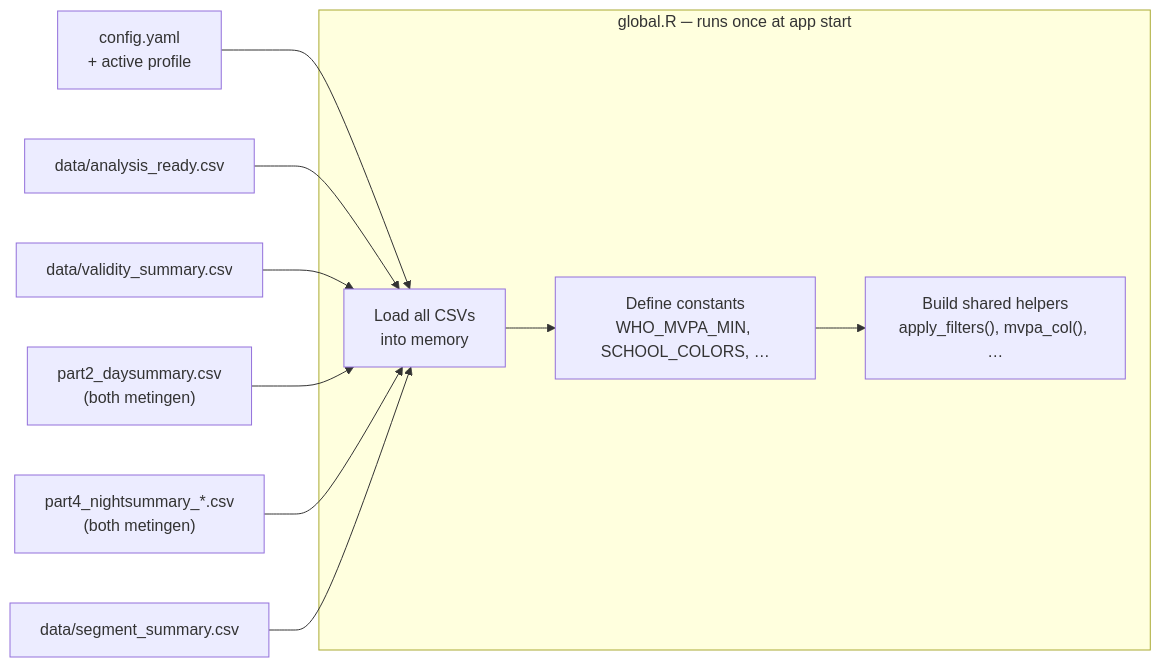
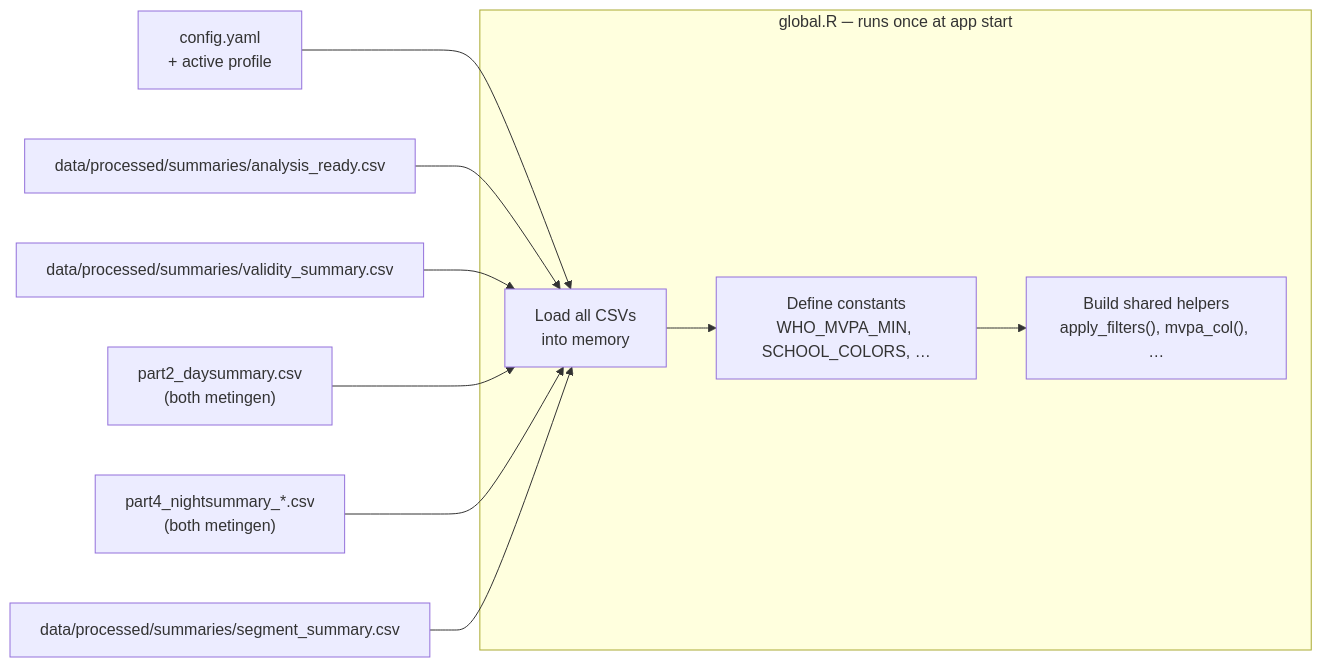
One commit to timothydhoe/veerleproject changed the second of 3 diagrams in ARCHITECTURE.md. Above: the diagram before and after it, drawn with Mermaid. The commit also changed other lines of this file and 16 other files, not shown here.

````diff
--- a/ARCHITECTURE.md
+++ b/ARCHITECTURE.md
@@ -134,24 +134,24 @@
 ```mermaid
 flowchart LR
     CFG2["config.yaml\n+ active profile"]
-    READY2["data/analysis_ready.csv"]
-    VSUM2["data/validity_summary.csv"]
+    READY2["data/processed/summaries/analysis_ready.csv"]
+    VSUM2["data/processed/summaries/validity_summary.csv"]
     P2b["part2_daysummary.csv\n(both metingen)"]
     P4b["part4_nightsummary_*.csv\n(both metingen)"]
-    SEG2["data/segment_summary.csv"]
+    SEG2["data/processed/summaries/segment_summary.csv"]
 
     subgraph global["global.R  ─  runs once at app start"]
         LOAD["Load all CSVs\ninto memory"]
         CONST["Define constants\nWHO_MVPA_MIN, SCHOOL_COLORS, …"]
         SHARED["Build shared helpers\napply_filters(), mvpa_col(), …"]
     end
 
     CFG2 --> LOAD
     READY2 --> LOAD
     VSUM2 --> LOAD
     P2b --> LOAD
     P4b --> LOAD
     SEG2 --> LOAD
     LOAD --> CONST
     CONST --> SHARED
 ```
````
